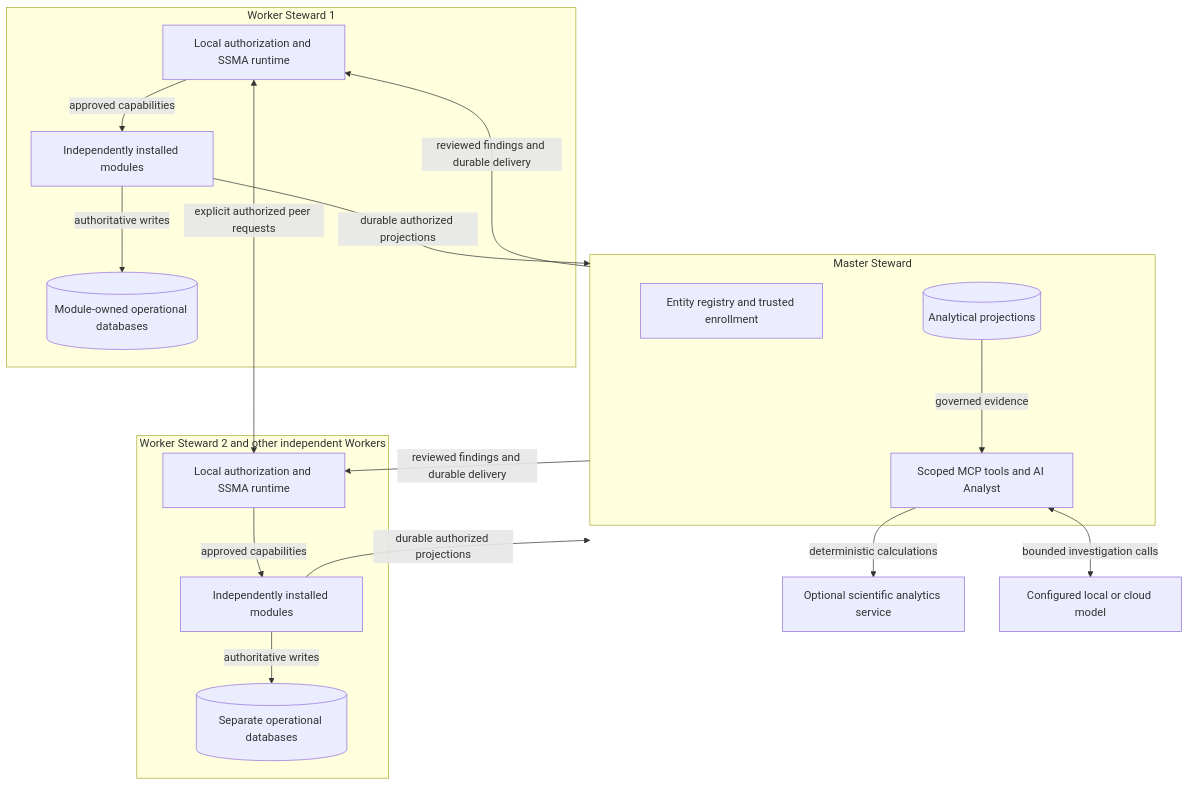
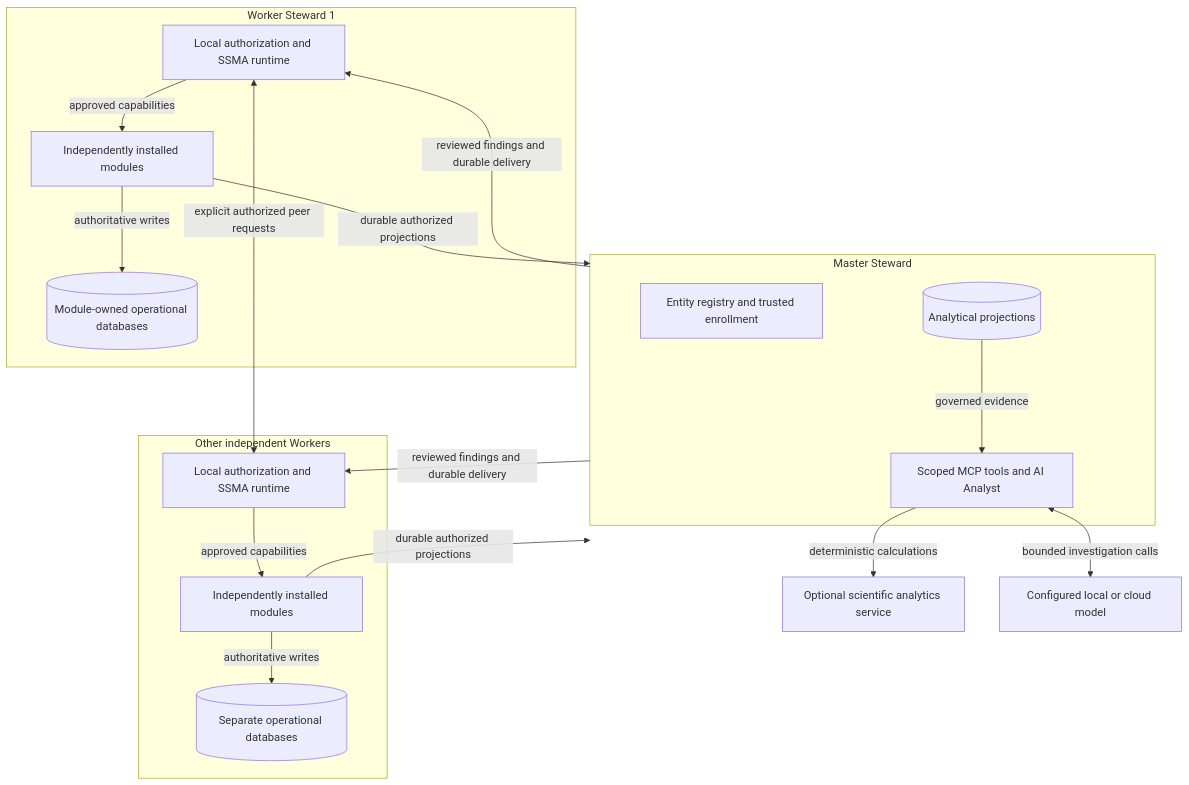
Before and after one commit to sddinwid/steward: the diagram in README.md, drawn with Mermaid. The commit also changed other lines of this file and 8 other files, not shown here.

````diff
--- a/README.md
+++ b/README.md
@@ -76,30 +106,30 @@
 ```mermaid
 flowchart TB
   subgraph W1[Worker Steward 1]
     R1[Local authorization and SSMA runtime]
     M1[Independently installed modules]
     D1[(Module-owned operational databases)]
     R1 -->|approved capabilities| M1
     M1 -->|authoritative writes| D1
   end
-  subgraph W2[Worker Steward 2 and other independent Workers]
+  subgraph W2[Other independent Workers]
     R2[Local authorization and SSMA runtime]
     M2[Independently installed modules]
     D2[(Separate operational databases)]
     R2 -->|approved capabilities| M2
     M2 -->|authoritative writes| D2
   end
   R1 <-->|explicit authorized peer requests| R2
   M1 -->|durable authorized projections| Master
   M2 -->|durable authorized projections| Master
   subgraph Master[Master Steward]
     Registry[Entity registry and trusted enrollment]
     Projections[(Analytical projections)]
     MCP[Scoped MCP tools and AI Analyst]
     Projections -->|governed evidence| MCP
   end
   MCP -->|deterministic calculations| Science[Optional scientific analytics service]
   MCP <-->|bounded investigation calls| Model[Configured local or cloud model]
   Master -->|reviewed findings and durable delivery| R1
   Master -->|reviewed findings and durable delivery| R2
 ```
````
